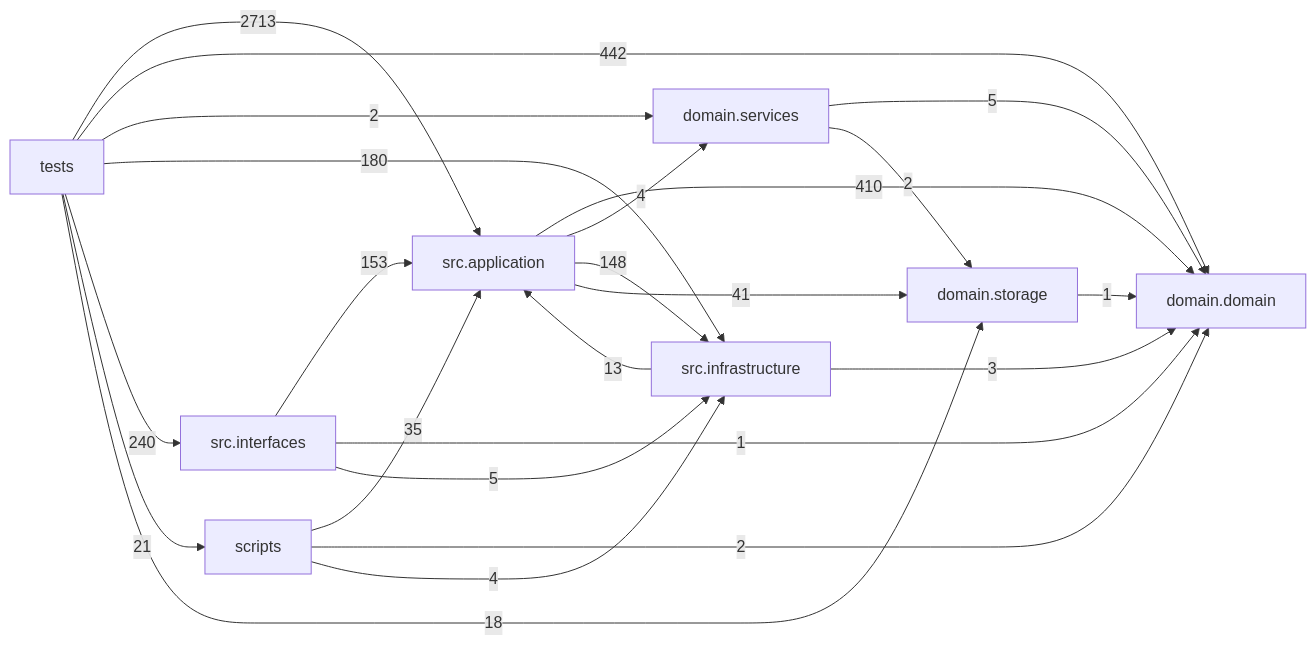
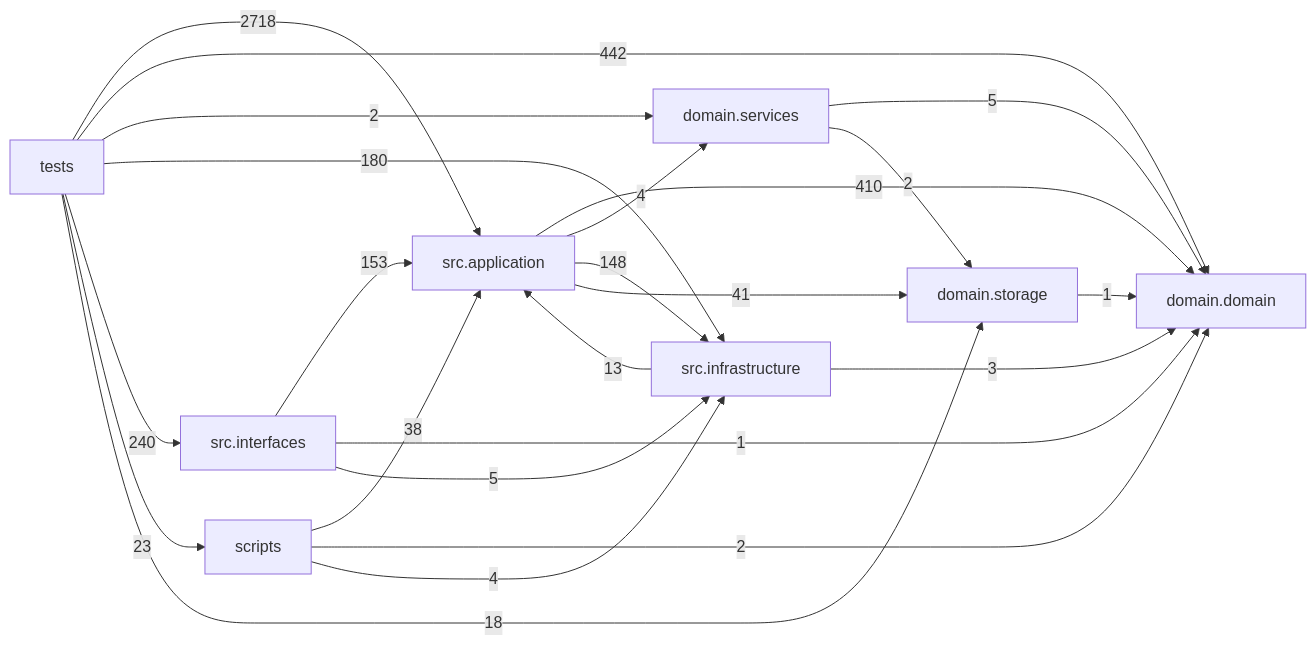
One commit to liuxie066/options-monitor changed the diagram in docs/DEPENDENCY_GRAPH.md. Above: the diagram before and after it, drawn with Mermaid. The commit also changed other lines of this file and 13 other files, not shown here.

````diff
--- a/docs/DEPENDENCY_GRAPH.md
+++ b/docs/DEPENDENCY_GRAPH.md
@@ -24,33 +24,33 @@
 ```mermaid
 flowchart LR
   tests["tests"]
   scripts["scripts"]
   interfaces["src.interfaces"]
   application["src.application"]
   infrastructure["src.infrastructure"]
   domain_services["domain.services"]
   domain["domain.domain"]
   storage["domain.storage"]
   application -->|410| domain
   application -->|4| domain_services
   application -->|148| infrastructure
   application -->|41| storage
   domain_services -->|5| domain
   domain_services -->|2| storage
   infrastructure -->|13| application
   infrastructure -->|3| domain
   interfaces -->|153| application
   interfaces -->|1| domain
   interfaces -->|5| infrastructure
-  scripts -->|35| application
+  scripts -->|38| application
   scripts -->|2| domain
   scripts -->|4| infrastructure
   storage -->|1| domain
-  tests -->|2713| application
+  tests -->|2718| application
   tests -->|442| domain
   tests -->|2| domain_services
   tests -->|180| infrastructure
   tests -->|240| interfaces
-  tests -->|21| scripts
+  tests -->|23| scripts
   tests -->|18| storage
 ```
````
